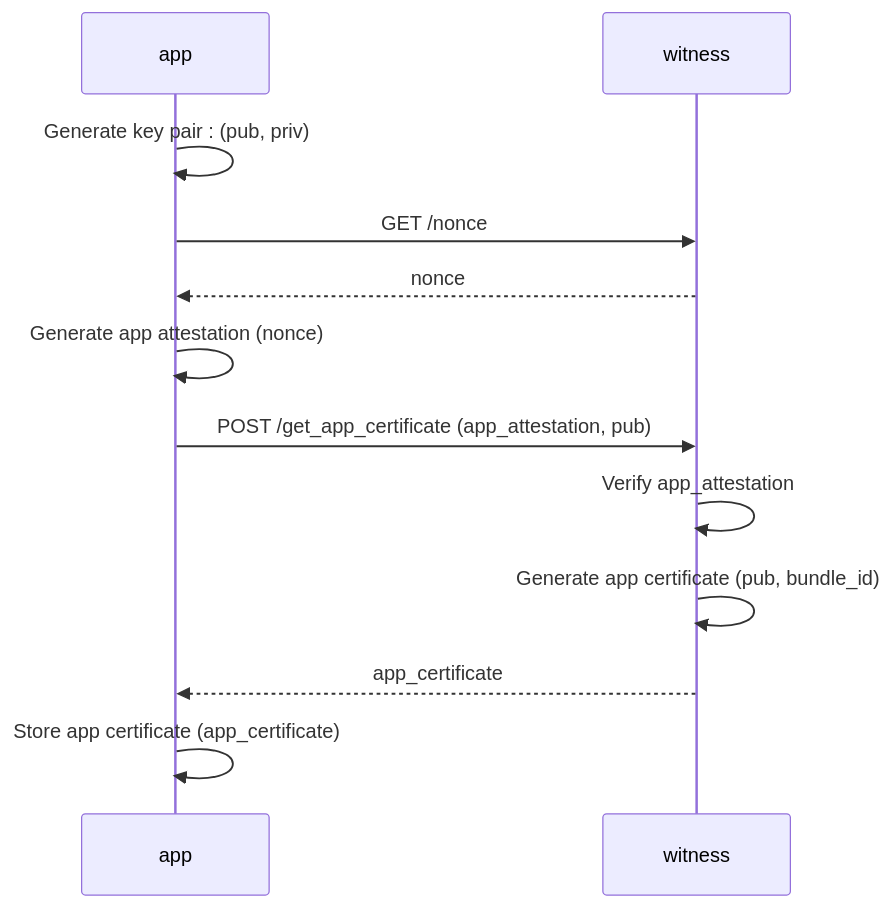
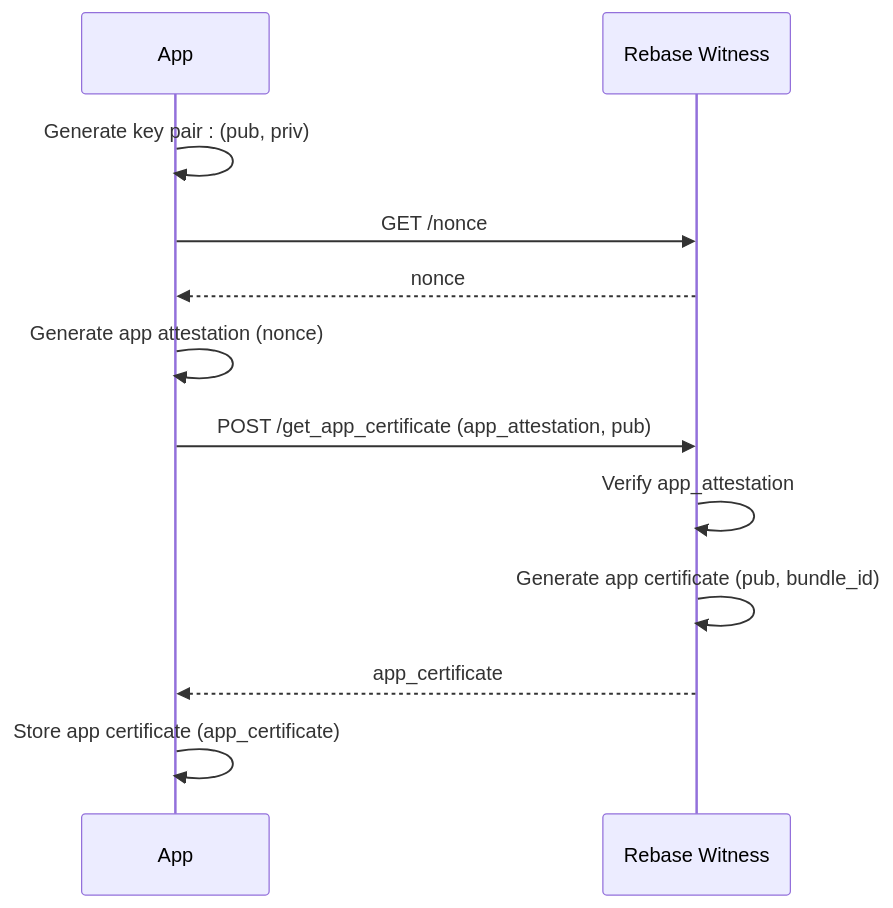
One commit to awoie/appbase changed the diagram in README.md. Above: the diagram before and after it, drawn with Mermaid. The commit also changed other lines of this file, not shown here.

````diff
--- a/README.md
+++ b/README.md
@@ -34,15 +25,15 @@
 ```mermaid
 sequenceDiagram
-  participant app
-  participant witness
+  participant app as App
+  participant witness as Rebase Witness
 
   app->>app: Generate key pair : (pub, priv)
   app->>witness: GET /nonce
   witness-->>app: nonce
   app->>app: Generate app attestation (nonce)
   app->>witness: POST /get_app_certificate (app_attestation, pub)
   witness->>witness: Verify app_attestation
   witness->>witness: Generate app certificate (pub, bundle_id)
   witness-->>app: app_certificate
   app->>app: Store app certificate (app_certificate)
 ```
````
